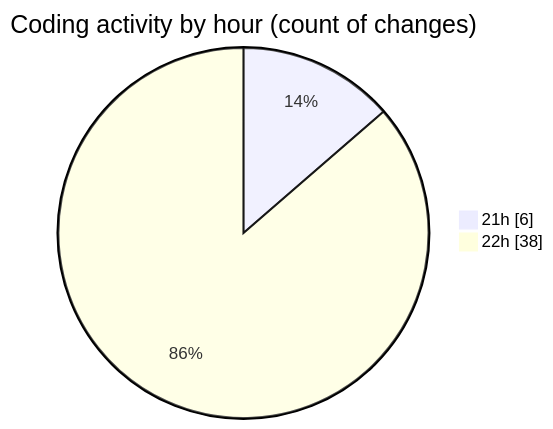
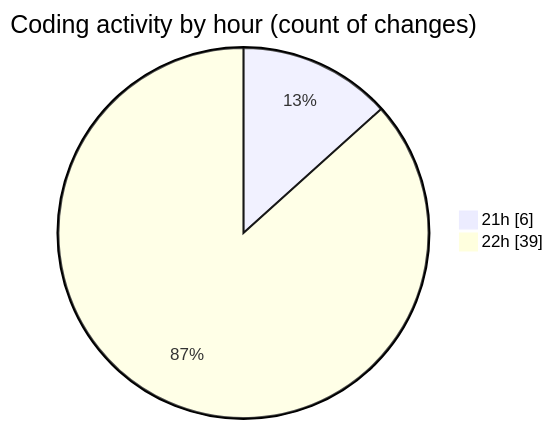
Before and after one commit to hasnaa123/code-tracking: the second of 2 diagrams in 2026-02-17/classes/README.md, drawn with Mermaid. The commit also changed other lines of this file and 1 other file, not shown here.

````diff
--- a/2026-02-17/classes/README.md
+++ b/2026-02-17/classes/README.md
@@ -30,6 +30,6 @@
 ```mermaid
 pie showData
 title Coding activity by hour (count of changes)
 "21h" : 6
-"22h" : 38
+"22h" : 39
 ```
````
